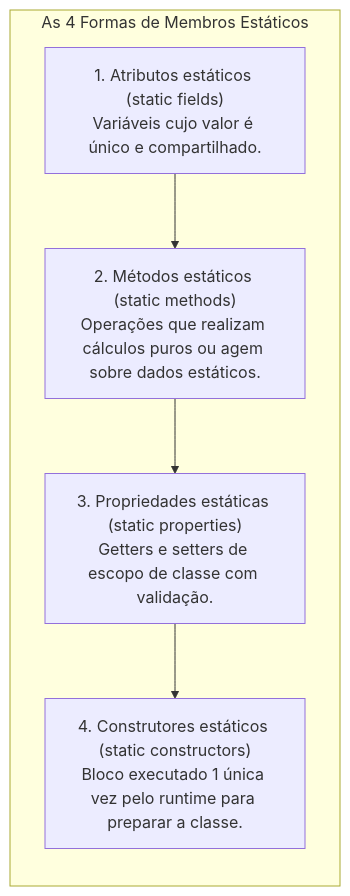
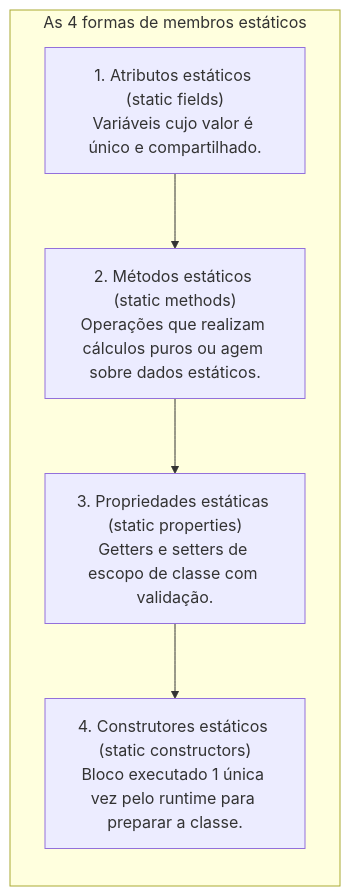
One commit to leorruas/puc changed the second of 7 diagrams in 01. Programacao Modular/09. Atributos estáticos e propriedades (compartilhamento de estado e encapsulamento).md. Above: the diagram before and after it, drawn with Mermaid. The commit also changed other lines of this file and 13 other files, not shown here.

````diff
--- a/01. Programacao Modular/09. Atributos estáticos e propriedades (compartilhamento de estado e encapsulamento).md
+++ b/01. Programacao Modular/09. Atributos estáticos e propriedades (compartilhamento de estado e encapsulamento).md
@@ -69,14 +69,14 @@
 ```mermaid
 flowchart TD
-    subgraph MembrosEstaticos ["As 4 Formas de Membros Estáticos"]
+    subgraph MembrosEstaticos ["As 4 formas de membros estáticos"]
         direction TB
         M1["1. Atributos estáticos (static fields)<br>Variáveis cujo valor é único e compartilhado."]
         M2["2. Métodos estáticos (static methods)<br>Operações que realizam cálculos puros ou agem sobre dados estáticos."]
         M3["3. Propriedades estáticas (static properties)<br>Getters e setters de escopo de classe com validação."]
         M4["4. Construtores estáticos (static constructors)<br>Bloco executado 1 única vez pelo runtime para preparar a classe."]
 
         M1 --> M2
         M2 --> M3
         M3 --> M4
     end
 ```
````
